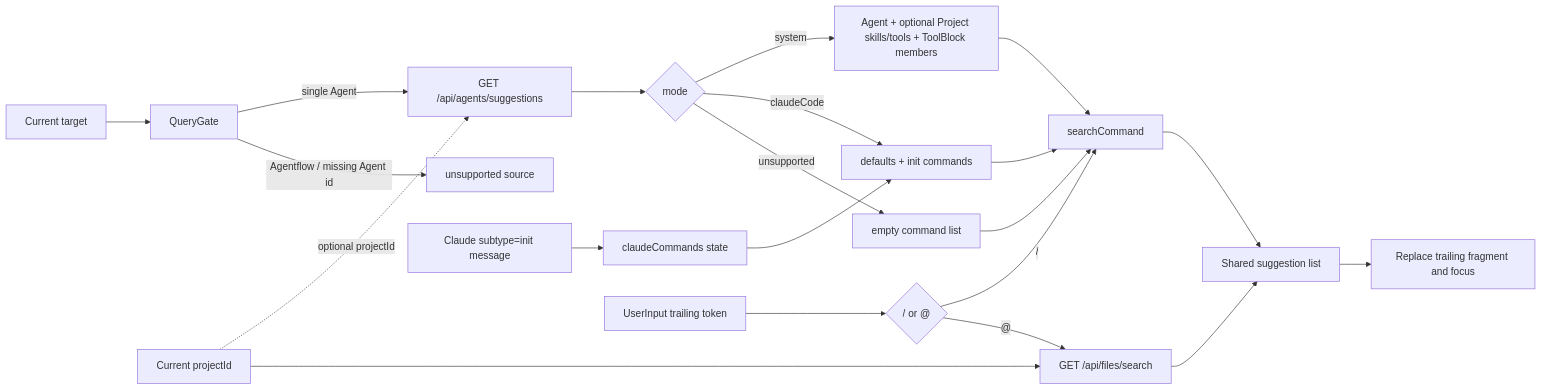
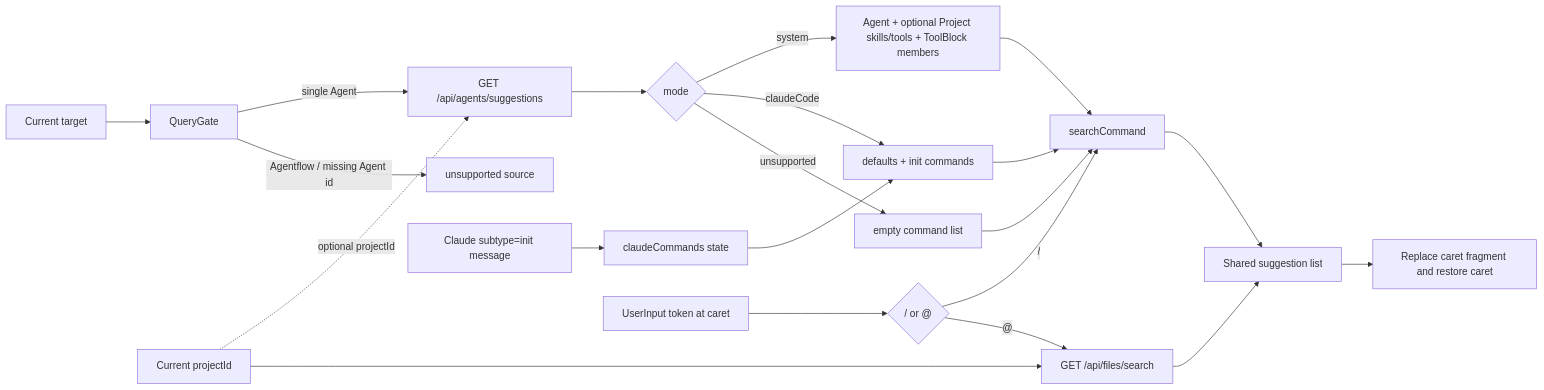
The diagram in docs/5.Chat Suggestions.md (zxyao145/agw), drawn with Mermaid before and after one commit. The commit also changed other lines of this file and 68 other files, not shown here.

````diff
--- a/docs/5.Chat Suggestions.md
+++ b/docs/5.Chat Suggestions.md
@@ -41,28 +41,28 @@
 ```mermaid
 flowchart LR
     Target["Current target"] --> QueryGate
     QueryGate -->|"single Agent"| SuggestionsAPI["GET /api/agents/suggestions"]
     QueryGate -->|"Agentflow / missing Agent id"| Unsupported["unsupported source"]
     Project["Optional current Project"] -. "optional projectId" .-> SuggestionsAPI
 
     SuggestionsAPI --> Mode{"mode"}
     Mode -->|"system"| SystemItems["Agent + optional Project skills/tools + ToolBlock members"]
     Mode -->|"claudeCode"| ClaudeItems["defaults + init commands"]
     Mode -->|"unsupported"| EmptyCommands["empty command list"]
 
     InitMessage["Claude subtype=init message"] --> ClaudeState["claudeCommands state"]
     ClaudeState --> ClaudeItems
 
-    Input["UserInput trailing token"] --> Trigger{"/ or @"}
+    Input["UserInput token at caret"] --> Trigger{"/ or @"}
     Trigger -->|"/"| CommandSearch["searchCommand"]
     SystemItems --> CommandSearch
     ClaudeItems --> CommandSearch
     EmptyCommands --> CommandSearch
 
     Trigger -->|"@"| FileSearch["GET /api/files/search"]
     Project["Current projectId"] --> FileSearch
 
     CommandSearch --> SuggestionList["Shared suggestion list"]
     FileSearch --> SuggestionList
-    SuggestionList --> Replace["Replace trailing fragment and focus"]
+    SuggestionList --> Replace["Replace caret fragment and restore caret"]
 ```
````
